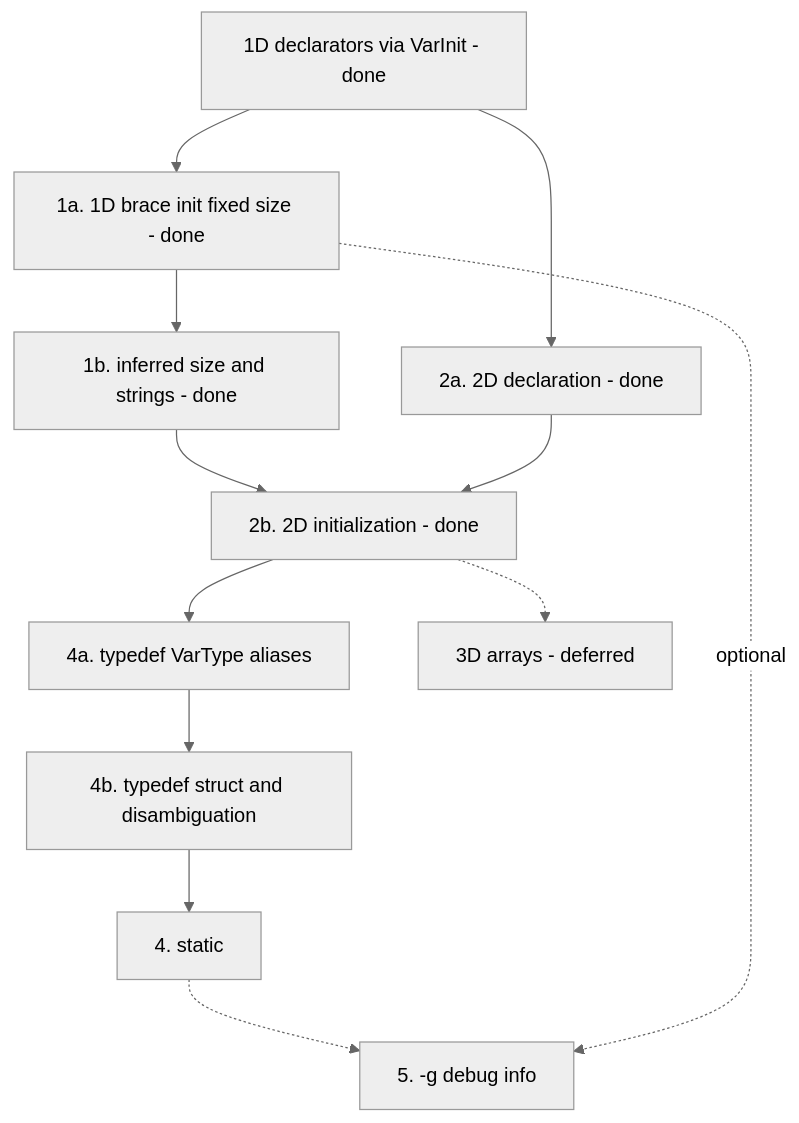
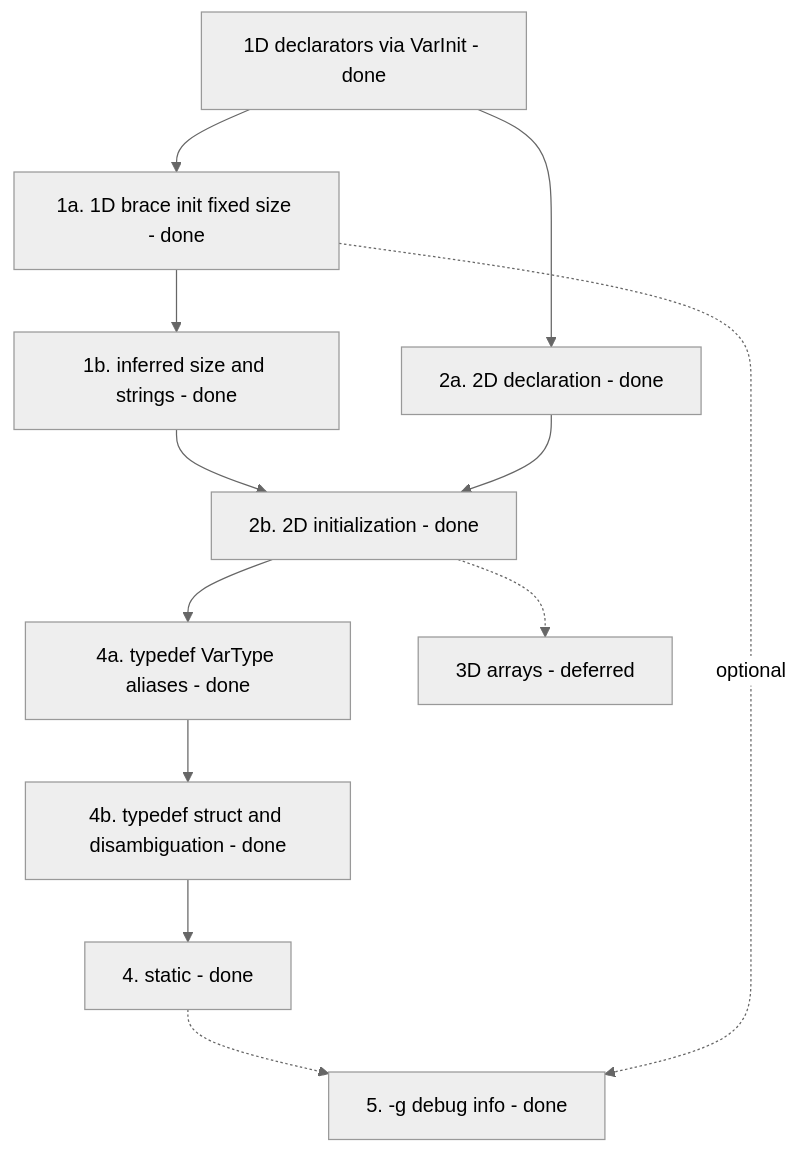
Before and after one commit to yanghuafang/lcc: the diagram in docs/Roadmap.md, drawn with Mermaid (neutral theme). The commit also changed other lines of this file and 19 other files, not shown here.

````diff
--- a/docs/Roadmap.md
+++ b/docs/Roadmap.md
@@ -52,24 +52,24 @@
 ```mermaid
 flowchart TD
   done[1D declarators via VarInit - done]
   init1a[1a. 1D brace init fixed size - done]
   init1b[1b. inferred size and strings - done]
   md2a[2a. 2D declaration - done]
   md2b[2b. 2D initialization - done]
-  td4a[4a. typedef VarType aliases]
-  td4b[4b. typedef struct and disambiguation]
+  td4a[4a. typedef VarType aliases - done]
+  td4b[4b. typedef struct and disambiguation - done]
   md3[3D arrays - deferred]
-  stat[4. static]
-  dbg[5. -g debug info]
+  stat[4. static - done]
+  dbg[5. -g debug info - done]
 
   done --> init1a --> init1b
   done --> md2a
   init1b --> md2b
   md2a --> md2b
   md2b --> td4a --> td4b
   td4b --> stat
   md2b -.-> md3
   stat -.-> dbg
 
   init1a -.->|optional| dbg
 ```
````
